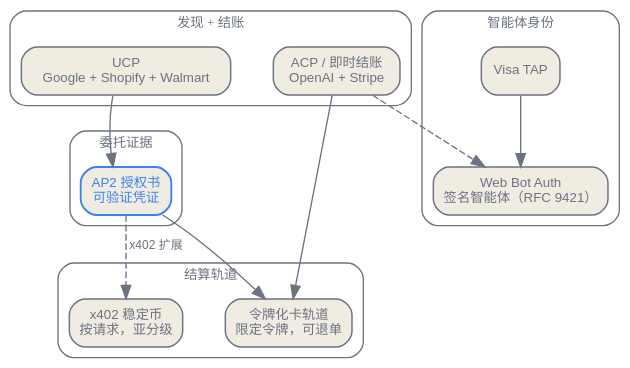
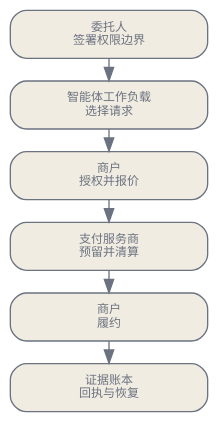
The diagram in zh/ecosystem/08-agent-economy.qmd (latere-ai/ai-as-an-infrastructure), drawn with Graphviz before and after one commit. The commit also changed other lines of this file and 2 other files, not shown here.

Commit message:
docs: rewrite Chinese agent economy chapter

````diff
--- a/zh/ecosystem/08-agent-economy.qmd
+++ b/zh/ecosystem/08-agent-economy.qmd
@@ -39,40 +82,27 @@
 ```{dot}
 //| label: fig-agent-economy-landscape
-//| fig-cap: "2025-2026 年的协议潮，按各自补的轨道分层。身份在底，委托证据居中，结算在两条相互竞争的轨道上。没有哪一层有唯一的主人，桥（AP2 的稳定币扩展、TAP 借用 Web Bot Auth）连接阵营，而非合并它们。"
-digraph landscape {
+//| fig-cap: "付费智能体依次经过彼此独立的授权、付款和履约决定。每次状态转换都需要自己的证据和恢复路径。"
+digraph transaction {
   bgcolor="transparent";
   rankdir=TB;
-  nodesep=0.45; ranksep=0.5;
-  node [shape=box, style="rounded,filled", fontname="Helvetica", fontsize=10, color="#6b7280", fontcolor="#6b7280", fillcolor="#f1ece1", penwidth=1.1];
-  edge [fontsize=9, fontname="Helvetica", color="#6b7280", fontcolor="#6b7280"];
+  nodesep=0.12;
+  ranksep=0.24;
+  node [shape=box, style="rounded,filled", fontname="Helvetica", fontsize=9,
+        color="#6b7280", fontcolor="#6b7280", fillcolor="#f1ece1",
+        margin="0.10,0.07", width=2.05];
+  edge [fontname="Helvetica", fontsize=8, color="#6b7280"];
 
-  subgraph cluster_checkout {
-    label="发现 + 结账";
-    style=rounded; color="#6b7280"; fontcolor="#6b7280"; fontsize=10;
-    ucp [label="UCP\nGoogle + Shopify + Walmart"];
-    acp [label="ACP / 即时结账\nOpenAI + Stripe"];
-  }
-  subgraph cluster_mandate {
-    label="委托证据";
-    style=rounded; color="#6b7280"; fontcolor="#6b7280"; fontsize=10;
-    ap2 [label="AP2 授权书\n可验证凭证", color="#3b82f6", fontcolor="#3b82f6", penwidth=1.4];
-  }
-  subgraph cluster_identity {
-    label="智能体身份";
-    style=rounded; color="#6b7280"; fontcolor="#6b7280"; fontsize=10;
-    wba [label="Web Bot Auth\n签名智能体（RFC 9421）"];
-    tap [label="Visa TAP"];
-  }
-  subgraph cluster_rails {
-    label="结算轨道";
-    style=rounded; color="#6b7280"; fontcolor="#6b7280"; fontsize=10;
-    cards [label="令牌化卡轨道\n限定令牌，可退单"];
-    x402  [label="x402 稳定币\n按请求，亚分级"];
-  }
+  principal [label="委托人\n签署权限边界"];
+  agent [label="智能体工作负载\n选择请求"];
+  merchant [label="商户\n授权并报价"];
+  payment [label="支付服务商\n预留并清算"];
+  delivery [label="商户\n履约"];
+  ledger [label="证据账本\n回执与恢复"];
 
-  ucp -> ap2; acp -> cards;
-  ap2 -> cards; ap2 -> x402 [label="x402 扩展", style=dashed];
-  tap -> wba;
-  acp -> wba [style=dashed]; ucp -> ap2 [style=invis];
+  principal -> agent;
+  agent -> merchant;
+  merchant -> payment;
+  payment -> delivery;
+  delivery -> ledger;
 }
 ```
````
